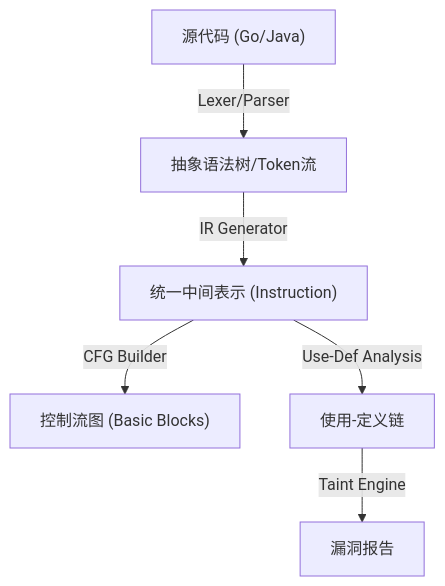
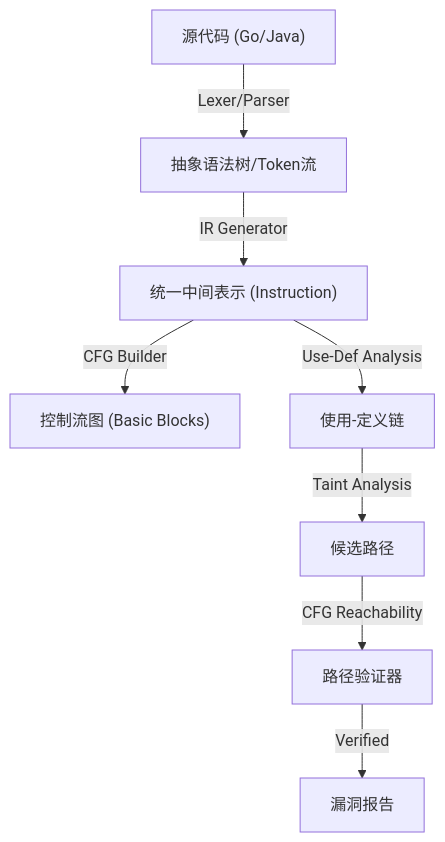
The diagram in README.md (Yuy0ung/SAST-demo), drawn with Mermaid before and after one commit. The commit also changed other lines of this file and 1 other file, not shown here.

````diff
--- a/README.md
+++ b/README.md
@@ -52,8 +53,10 @@
 ```mermaid
 graph TD
     Source["源代码 (Go/Java)"] -->|"Lexer/Parser"| AST["抽象语法树/Token流"]
     AST -->|"IR Generator"| IR["统一中间表示 (Instruction)"]
     IR -->|"CFG Builder"| CFG["控制流图 (Basic Blocks)"]
     IR -->|"Use-Def Analysis"| UseDef["使用-定义链"]
-    UseDef -->|"Taint Engine"| Vulns["漏洞报告"]
+    UseDef -->|"Taint Analysis"| Candidate["候选路径"]
+    Candidate -->|"CFG Reachability"| Validator["路径验证器"]
+    Validator -->|"Verified"| Vulns["漏洞报告"]
 ```
````
